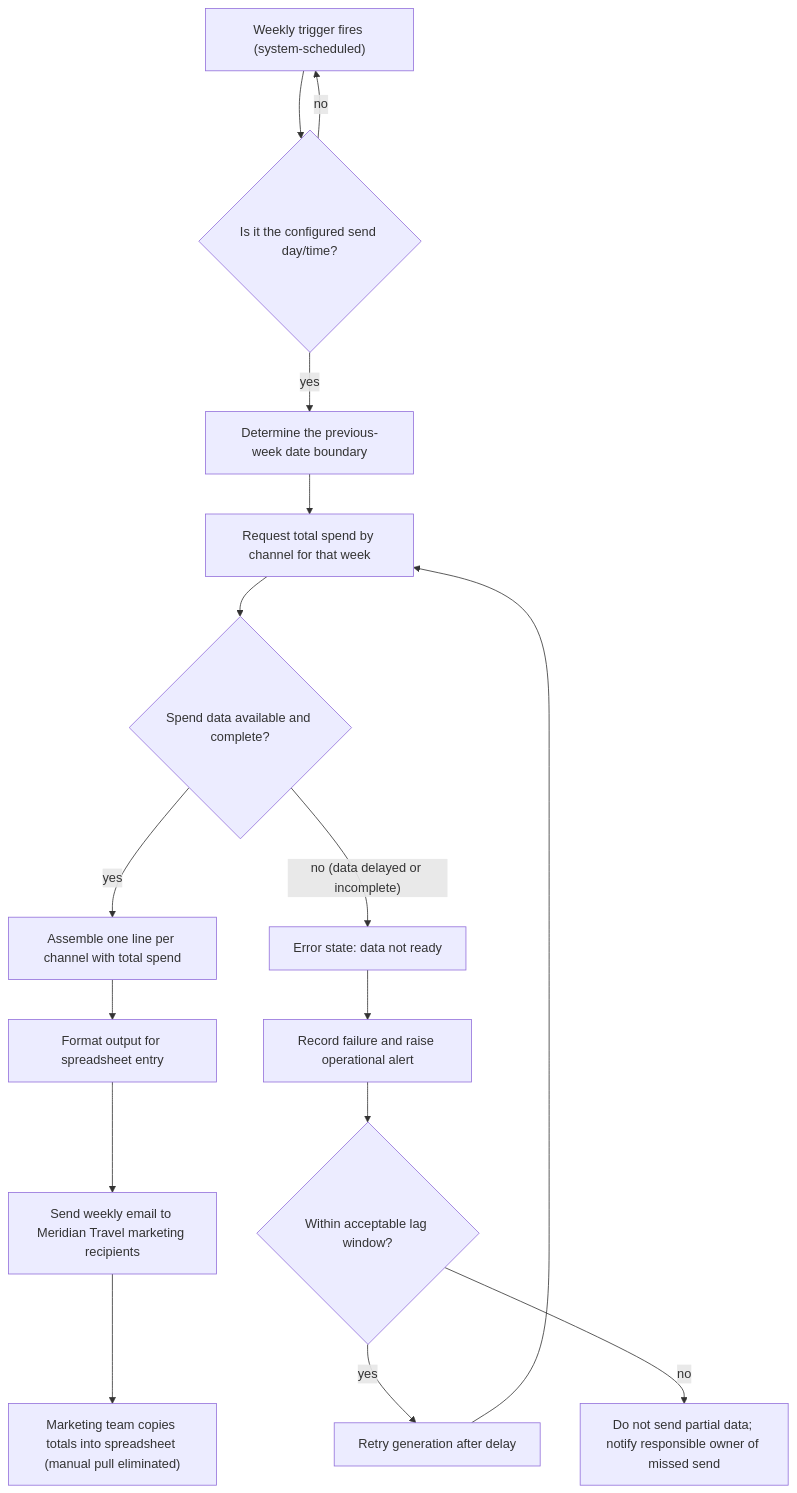
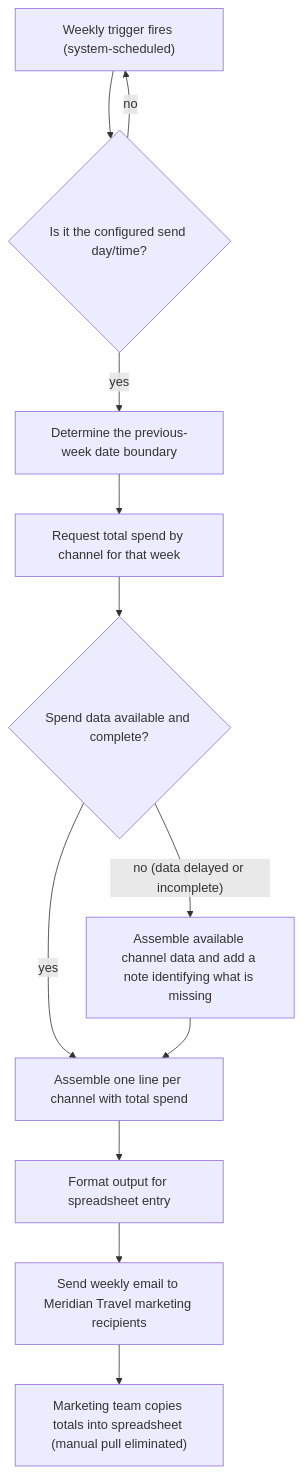
The diagram in docs/16-PRDs/076-k4a-weekly-email-summary-of-spend-by-channel/product-spec.md (mayank-kochava/aisdlc-docs-sandbox), drawn with Mermaid before and after one commit. The commit also changed other lines of this file and 2 other files, not shown here.

````diff
--- a/docs/16-PRDs/076-k4a-weekly-email-summary-of-spend-by-channel/product-spec.md
+++ b/docs/16-PRDs/076-k4a-weekly-email-summary-of-spend-by-channel/product-spec.md
@@ -37,18 +38,14 @@
 ```mermaid
 flowchart TD
     A["Weekly trigger fires (system-scheduled)"] --> B{"Is it the configured send day/time?"}
     B -->|"no"| A
     B -->|"yes"| C["Determine the previous-week date boundary"]
     C --> D["Request total spend by channel for that week"]
     D --> E{"Spend data available and complete?"}
     E -->|"yes"| F["Assemble one line per channel with total spend"]
+    E -->|"no (data delayed or incomplete)"| F2["Assemble available channel data and add a note identifying what is missing"]
+    F2 --> F
     F --> G["Format output for spreadsheet entry"]
     G --> H["Send weekly email to Meridian Travel marketing recipients"]
     H --> I["Marketing team copies totals into spreadsheet (manual pull eliminated)"]
-    E -->|"no (data delayed or incomplete)"| J["Error state: data not ready"]
-    J --> K["Record failure and raise operational alert"]
-    K --> L{"Within acceptable lag window?"}
-    L -->|"yes"| M["Retry generation after delay"]
-    M --> D
-    L -->|"no"| N["Do not send partial data; notify responsible owner of missed send"]
 ```
````
